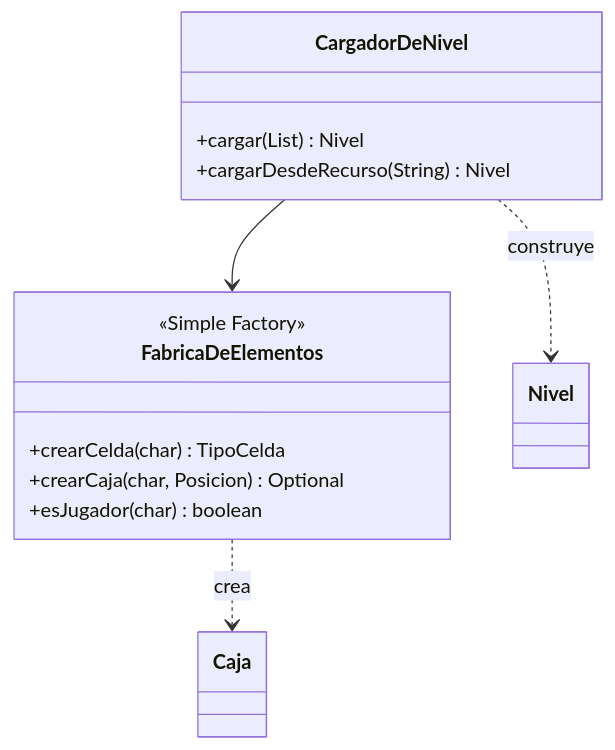
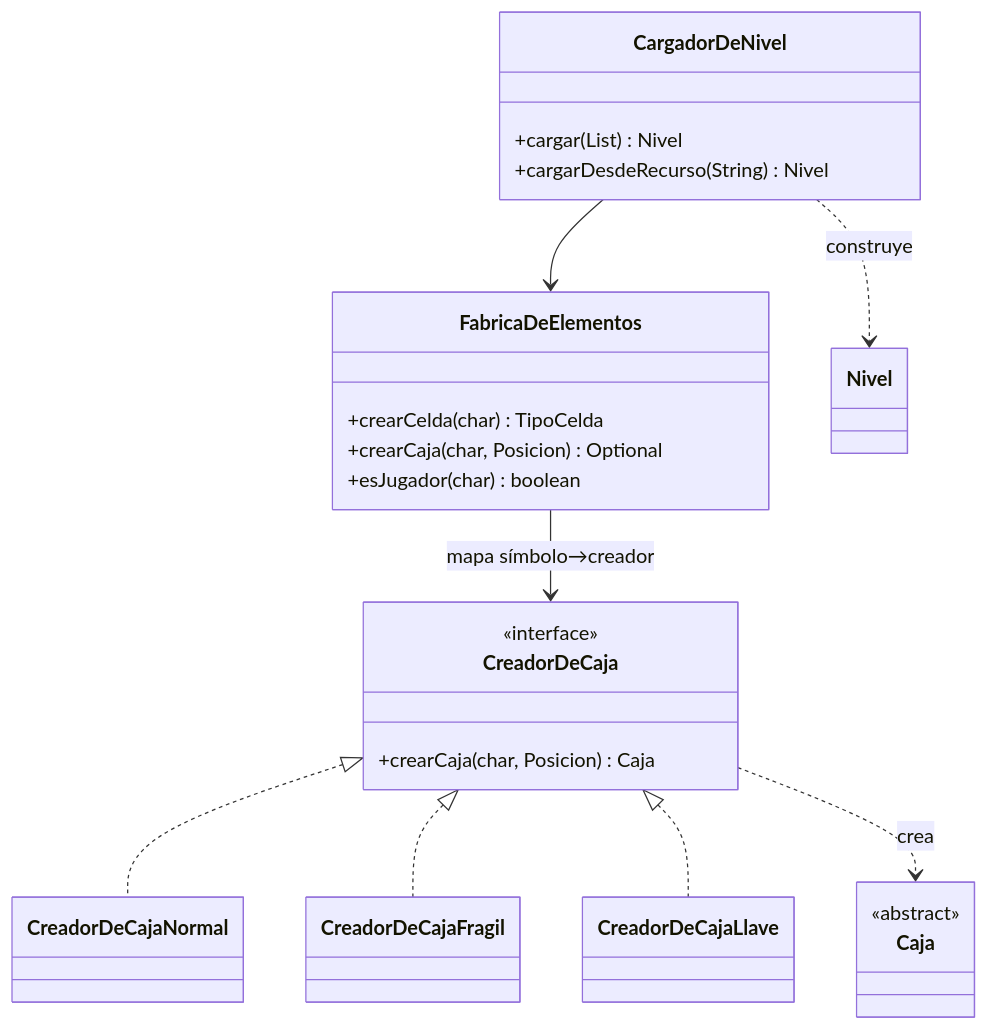
One commit to Daniel130814/Sokoban-PDS changed the sixth of 8 diagrams in docs/uml/diagrama-de-clases.md. Above: the diagram before and after it, drawn with Mermaid. The commit also changed other lines of this file and 8 other files, not shown here.

````diff
--- a/docs/uml/diagrama-de-clases.md
+++ b/docs/uml/diagrama-de-clases.md
@@ -239,18 +239,31 @@
 ```mermaid
 classDiagram
     class CargadorDeNivel {
         +cargar(List) Nivel
         +cargarDesdeRecurso(String) Nivel
     }
     class FabricaDeElementos {
-        <<Simple Factory>>
         +crearCelda(char) TipoCelda
         +crearCaja(char, Posicion) Optional
         +esJugador(char) boolean
+    }
+    class CreadorDeCaja {
+        <<interface>>
+        +crearCaja(char, Posicion) Caja
+    }
+    class CreadorDeCajaNormal
+    class CreadorDeCajaFragil
+    class CreadorDeCajaLlave
+    class Caja {
+        <<abstract>>
     }
     class Nivel
 
     CargadorDeNivel --> FabricaDeElementos
     CargadorDeNivel ..> Nivel : construye
-    FabricaDeElementos ..> Caja : crea
+    FabricaDeElementos --> CreadorDeCaja : mapa símbolo→creador
+    CreadorDeCaja <|.. CreadorDeCajaNormal
+    CreadorDeCaja <|.. CreadorDeCajaFragil
+    CreadorDeCaja <|.. CreadorDeCajaLlave
+    CreadorDeCaja ..> Caja : crea
 ```
````
